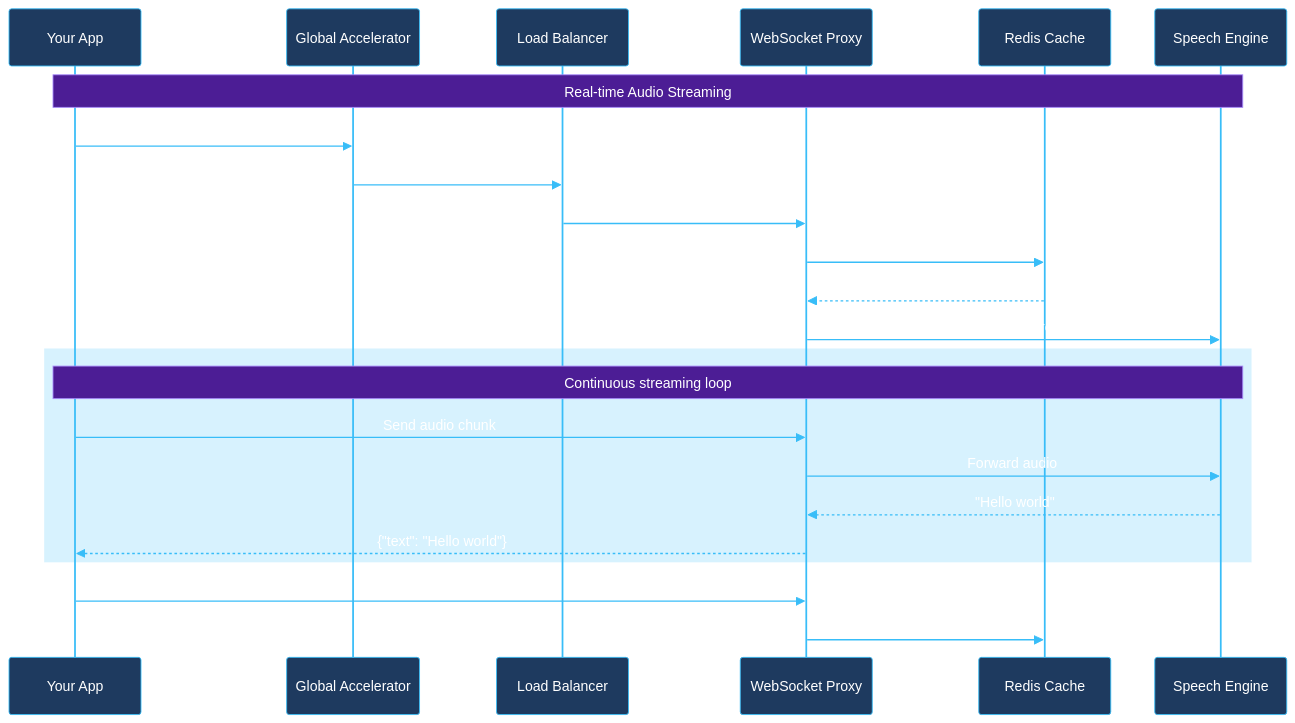
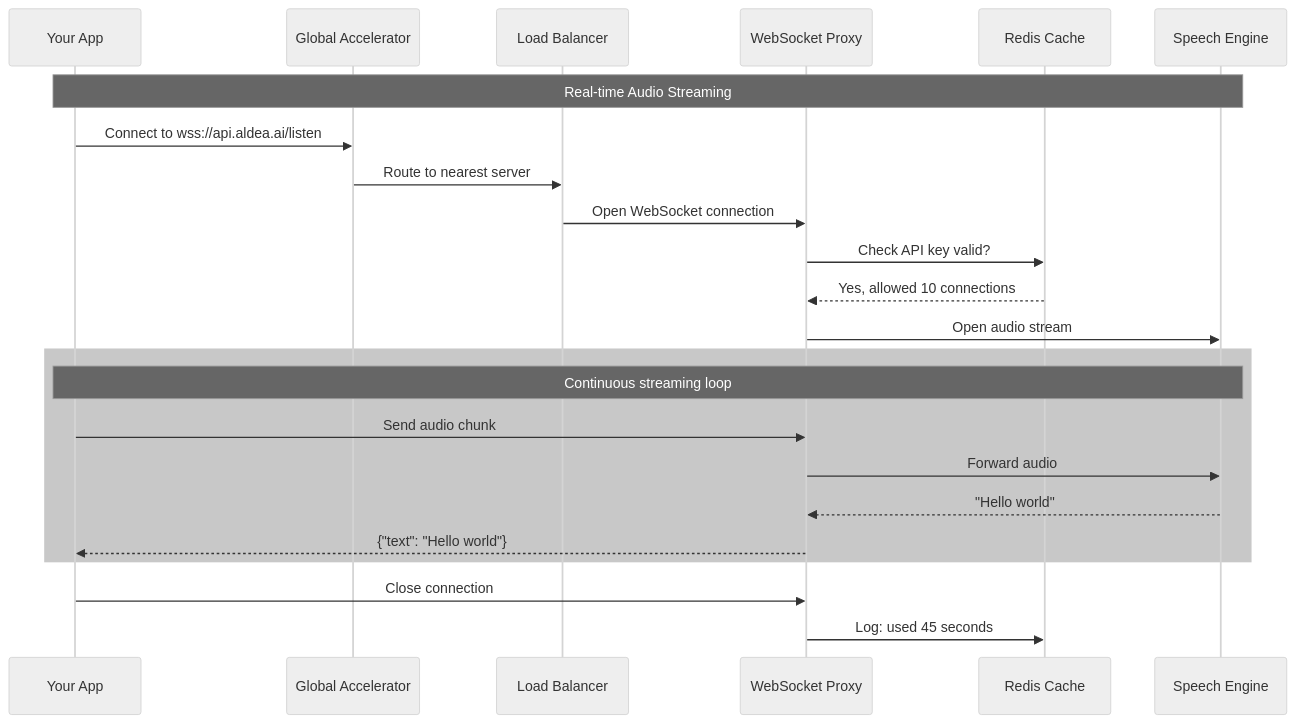
The fourth of 8 diagrams in diagrams/ecs-architecture.md (aldea-ai/infrastructure-docs), drawn with Mermaid before and after one commit. The commit also changed other lines of this file and 2 other files, not shown here.

Commit message:
Switch to neutral grayscale theme for better dark mode readability

````diff
--- a/diagrams/ecs-architecture.md
+++ b/diagrams/ecs-architecture.md
@@ -134,32 +134,32 @@
 ```mermaid
-%%{init: {'theme': 'base', 'themeVariables': { 'primaryColor': '#1e3a5f', 'primaryTextColor': '#fff', 'primaryBorderColor': '#38bdf8', 'lineColor': '#38bdf8', 'actorTextColor': '#fff', 'actorBkg': '#1e3a5f', 'actorBorder': '#38bdf8', 'signalColor': '#38bdf8', 'signalTextColor': '#fff', 'labelTextColor': '#fff', 'loopTextColor': '#fff', 'noteBkgColor': '#4c1d95', 'noteTextColor': '#fff', 'noteBorderColor': '#a78bfa', 'activationBkgColor': '#064e3b', 'activationBorderColor': '#34d399', 'sequenceNumberColor': '#fff'}}}%%
+%%{init: {'theme': 'neutral'}}%%
 sequenceDiagram
     participant App as Your App
     participant GA as Global Accelerator
     participant LB as Load Balancer
     participant WS as WebSocket Proxy
     participant Redis as Redis Cache
     participant STT as Speech Engine
 
     Note over App,STT: Real-time Audio Streaming
 
     App->>GA: Connect to wss://api.aldea.ai/listen
     GA->>LB: Route to nearest server
     LB->>WS: Open WebSocket connection
 
     WS->>Redis: Check API key valid?
     Redis-->>WS: Yes, allowed 10 connections
 
     WS->>STT: Open audio stream
 
-    rect rgba(56, 189, 248, 0.2)
+    rect rgb(200, 200, 200)
         Note over App,STT: Continuous streaming loop
         App->>WS: Send audio chunk
         WS->>STT: Forward audio
         STT-->>WS: "Hello world"
         WS-->>App: {"text": "Hello world"}
     end
 
     App->>WS: Close connection
     WS->>Redis: Log: used 45 seconds
 ```
````
